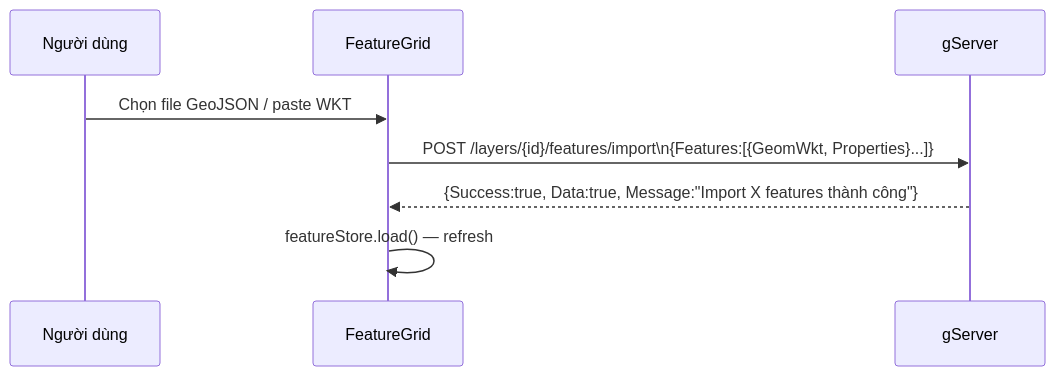
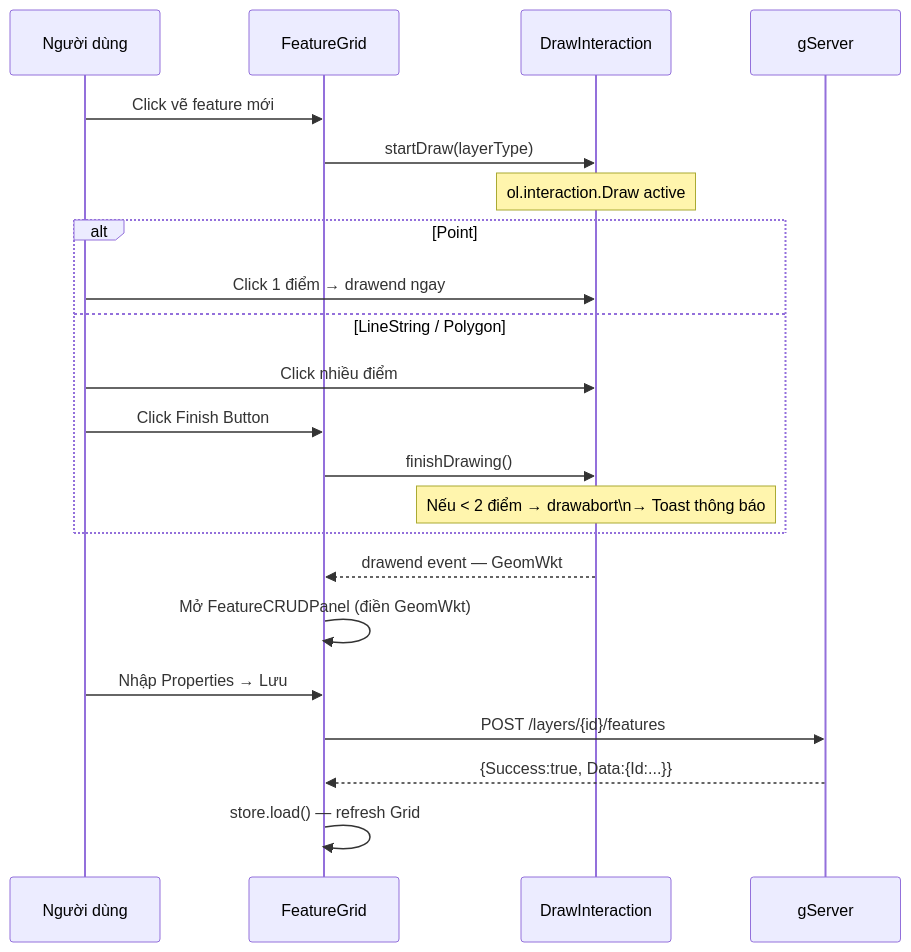
The seventh of 8 diagrams in gServer_Introduction/docs/dataflow.md (giangvanhung/gServer_0.0.1), drawn with Mermaid before and after one commit. The commit also changed other lines of this file and 14 other files, not shown here.

````diff
--- a/gServer_Introduction/docs/dataflow.md
+++ b/gServer_Introduction/docs/dataflow.md
@@ -86,11 +133,27 @@
 ```mermaid
 sequenceDiagram
     participant U as Người dùng
-    participant G as FeatureGrid
+    participant F as FeatureGrid
+    participant D as DrawInteraction
     participant WCF as gServer
 
-    U->>G: Chọn file GeoJSON / paste WKT
-    G->>WCF: POST /layers/{id}/features/import\n{Features:[{GeomWkt, Properties}...]}
-    WCF-->>G: {Success:true, Data:true, Message:"Import X features thành công"}
-    G->>G: featureStore.load() — refresh
+    U->>F: Click vẽ feature mới
+    F->>D: startDraw(layerType)
+    Note over D: ol.interaction.Draw active
+
+    alt Point
+        U->>D: Click 1 điểm → drawend ngay
+    else LineString / Polygon
+        U->>D: Click nhiều điểm
+        U->>F: Click Finish Button
+        F->>D: finishDrawing()
+        Note over D: Nếu < 2 điểm → drawabort\n→ Toast thông báo
+    end
+
+    D-->>F: drawend event — GeomWkt
+    F->>F: Mở FeatureCRUDPanel (điền GeomWkt)
+    U->>F: Nhập Properties → Lưu
+    F->>WCF: POST /layers/{id}/features
+    WCF-->>F: {Success:true, Data:{Id:...}}
+    F->>F: store.load() — refresh Grid
 ```
````
